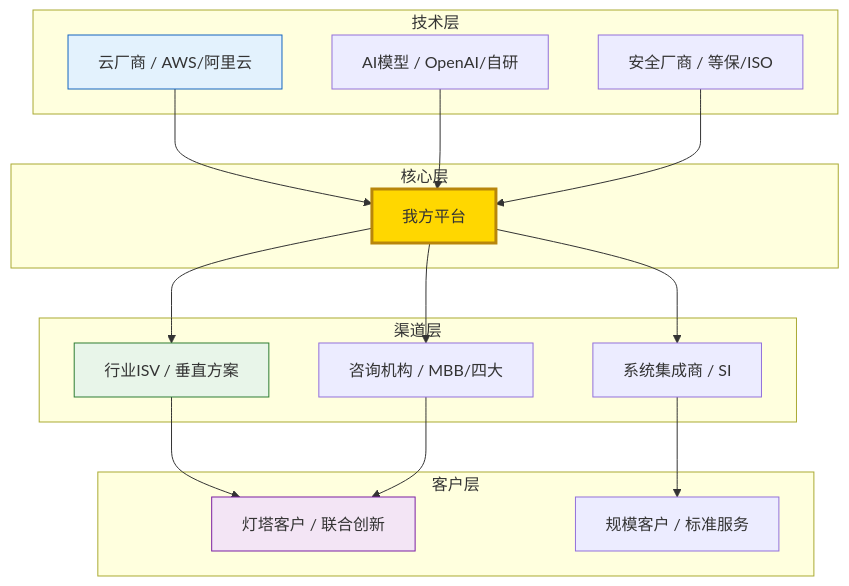
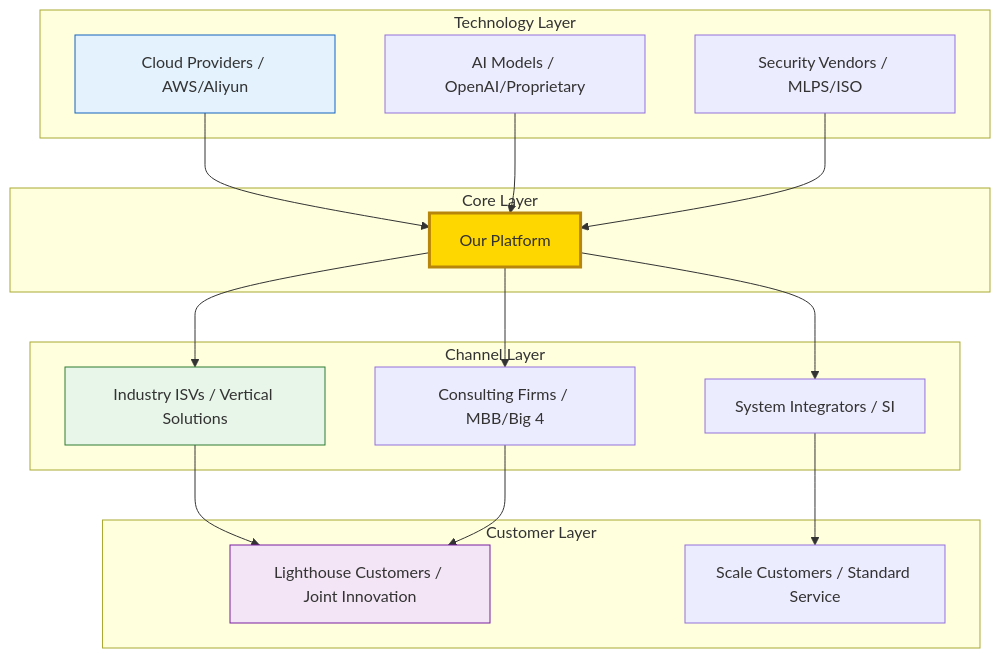
One commit to Kirky-X/cangjie changed diagram 11 of 15 in templates/【模板】商业模式文档.md. Above: the diagram before and after it, drawn with Mermaid. The commit also changed other lines of this file and 60 other files, not shown here.

````diff
--- a/templates/【模板】商业模式文档.md
+++ b/templates/【模板】商业模式文档.md
@@ -426,38 +426,38 @@
 ```mermaid
 graph TB
-    subgraph 核心层
-        US[我方平台]
+    subgraph Core Layer
+        US[Our Platform]
     end
 
-    subgraph 技术层
-        T1[云厂商 / AWS/阿里云]
-        T2[AI模型 / OpenAI/自研]
-        T3[安全厂商 / 等保/ISO]
+    subgraph Technology Layer
+        T1[Cloud Providers / AWS/Aliyun]
+        T2[AI Models / OpenAI/Proprietary]
+        T3[Security Vendors / MLPS/ISO]
     end
 
-    subgraph 渠道层
-        D1[行业ISV / 垂直方案]
-        D2[系统集成商 / SI]
-        D3[咨询机构 / MBB/四大]
+    subgraph Channel Layer
+        D1[Industry ISVs / Vertical Solutions]
+        D2[System Integrators / SI]
+        D3[Consulting Firms / MBB/Big 4]
     end
 
-    subgraph 客户层
-        C1[灯塔客户 / 联合创新]
-        C2[规模客户 / 标准服务]
+    subgraph Customer Layer
+        C1[Lighthouse Customers / Joint Innovation]
+        C2[Scale Customers / Standard Service]
     end
 
     T1 --> US
     T2 --> US
     T3 --> US
     US --> D1
     US --> D2
     US --> D3
     D1 --> C1
     D2 --> C2
     D3 --> C1
 
     style US fill:#ffd700,stroke:#b8860b,stroke-width:3px
     style T1 fill:#e3f2fd,stroke:#1565c0
     style D1 fill:#e8f5e9,stroke:#2e7d32
     style C1 fill:#f3e5f5,stroke:#7b1fa2
 ```
````
